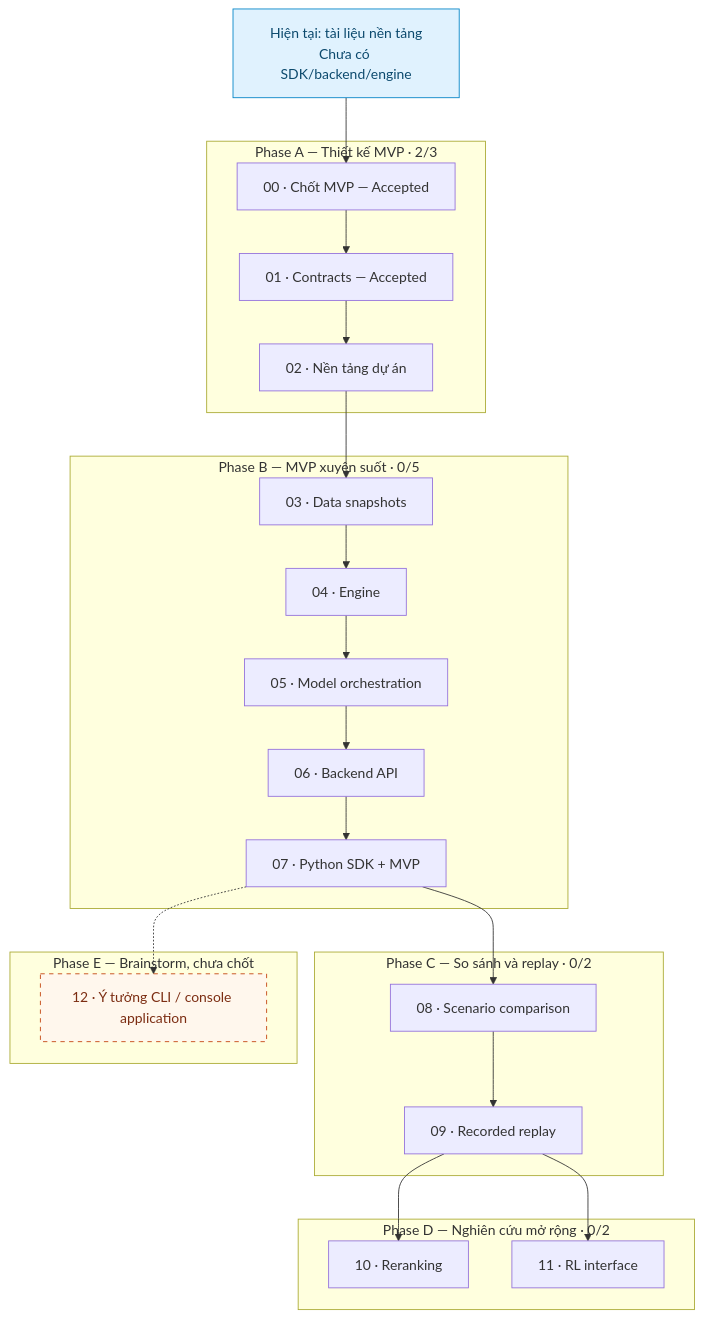
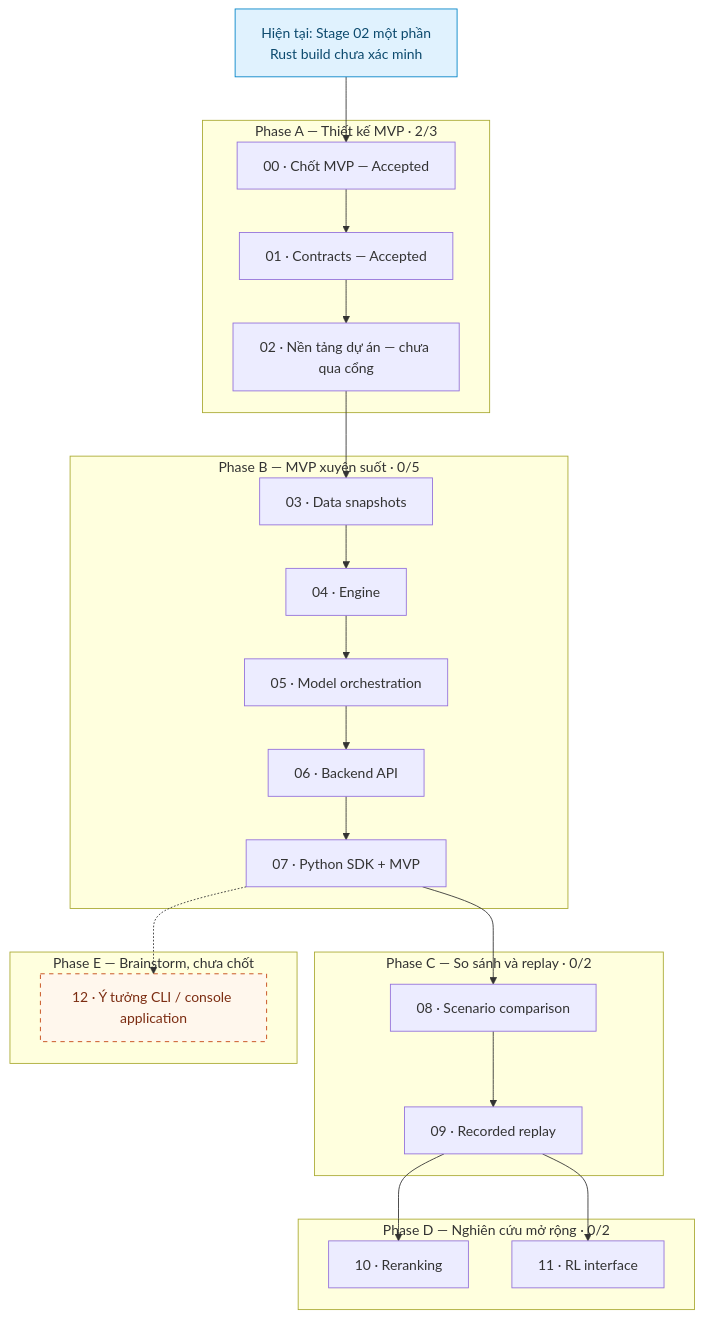
Before and after one commit to ryantr-statinops/factorsbt: the diagram in plan/implementation/README.md, drawn with Mermaid. The commit also changed other lines of this file and 1 other file, not shown here.

````diff
--- a/plan/implementation/README.md
+++ b/plan/implementation/README.md
@@ -48,41 +48,41 @@
 ```mermaid
 flowchart TD
-    NOW["Hiện tại: tài liệu nền tảng<br/>Chưa có SDK/backend/engine"]
+    NOW["Hiện tại: Stage 02 một phần<br/>Rust build chưa xác minh"]
     NOW --> A0
 
     subgraph A["Phase A — Thiết kế MVP · 2/3"]
         A0["00 · Chốt MVP — Accepted"] --> A1["01 · Contracts — Accepted"]
-        A1 --> A2["02 · Nền tảng dự án"]
+        A1 --> A2["02 · Nền tảng dự án — chưa qua cổng"]
     end
 
     subgraph B["Phase B — MVP xuyên suốt · 0/5"]
         B0["03 · Data snapshots"] --> B1["04 · Engine"]
         B1 --> B2["05 · Model orchestration"]
         B2 --> B3["06 · Backend API"]
         B3 --> B4["07 · Python SDK + MVP"]
     end
 
     subgraph C["Phase C — So sánh và replay · 0/2"]
         C0["08 · Scenario comparison"] --> C1["09 · Recorded replay"]
     end
 
     subgraph D["Phase D — Nghiên cứu mở rộng · 0/2"]
         D0["10 · Reranking"]
         D1["11 · RL interface"]
     end
 
     subgraph E["Phase E — Brainstorm, chưa chốt"]
         E0["12 · Ý tưởng CLI / console application"]
     end
 
     A2 --> B0
     B4 --> C0
     C1 --> D0
     C1 --> D1
     B4 -.-> E0
 
     classDef current fill:#e0f2fe,stroke:#0284c7,color:#0c4a6e
     classDef idea fill:#fff7ed,stroke:#c2410c,color:#7c2d12,stroke-dasharray:5 5
     class NOW current
     class E0 idea
 ```
````
